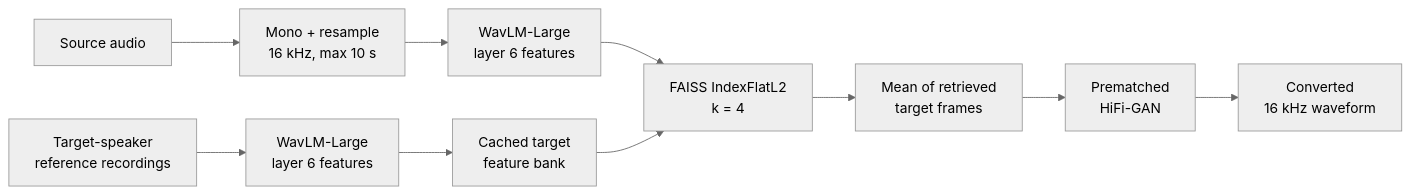
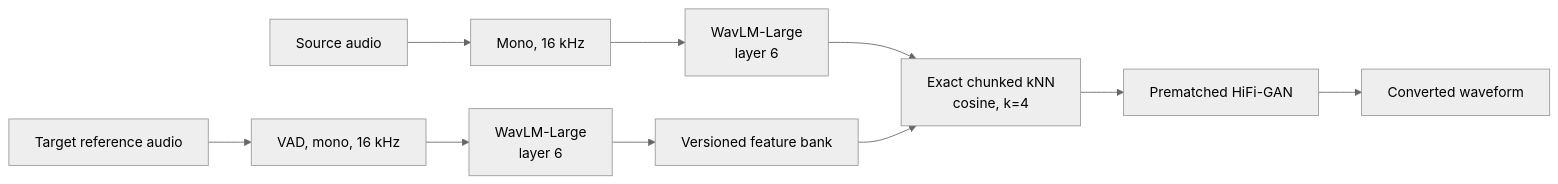
The diagram in README.md (fatemehkhakii94/Zero-Shot-Voice-Conversion-with-WavLM-and-kNN-Retrieval), drawn with Mermaid (neutral theme) before and after one commit. The commit also changed other lines of this file and 75 other files, not shown here.

````diff
--- a/README.md
+++ b/README.md
@@ -25,14 +33,14 @@
 ```mermaid
 flowchart LR
-    A["Source audio"] --> B["Mono + resample<br/>16 kHz, max 10 s"]
-    B --> C["WavLM-Large<br/>layer 6 features"]
+    S[Source audio] --> SP[Mono, 16 kHz]
+    SP --> SF[WavLM-Large<br/>layer 6]
 
-    R["Target-speaker<br/>reference recordings"] --> S["WavLM-Large<br/>layer 6 features"]
-    S --> T["Cached target<br/>feature bank"]
+    R[Target reference audio] --> RP[VAD, mono, 16 kHz]
+    RP --> RF[WavLM-Large<br/>layer 6]
+    RF --> B[Versioned feature bank]
 
-    C --> K["FAISS IndexFlatL2<br/>k = 4"]
-    T --> K
-    K --> M["Mean of retrieved<br/>target frames"]
-    M --> V["Prematched<br/>HiFi-GAN"]
-    V --> O["Converted<br/>16 kHz waveform"]
+    SF --> K[Exact chunked kNN<br/>cosine, k=4]
+    B --> K
+    K --> V[Prematched HiFi-GAN]
+    V --> O[Converted waveform]
 ```
````
